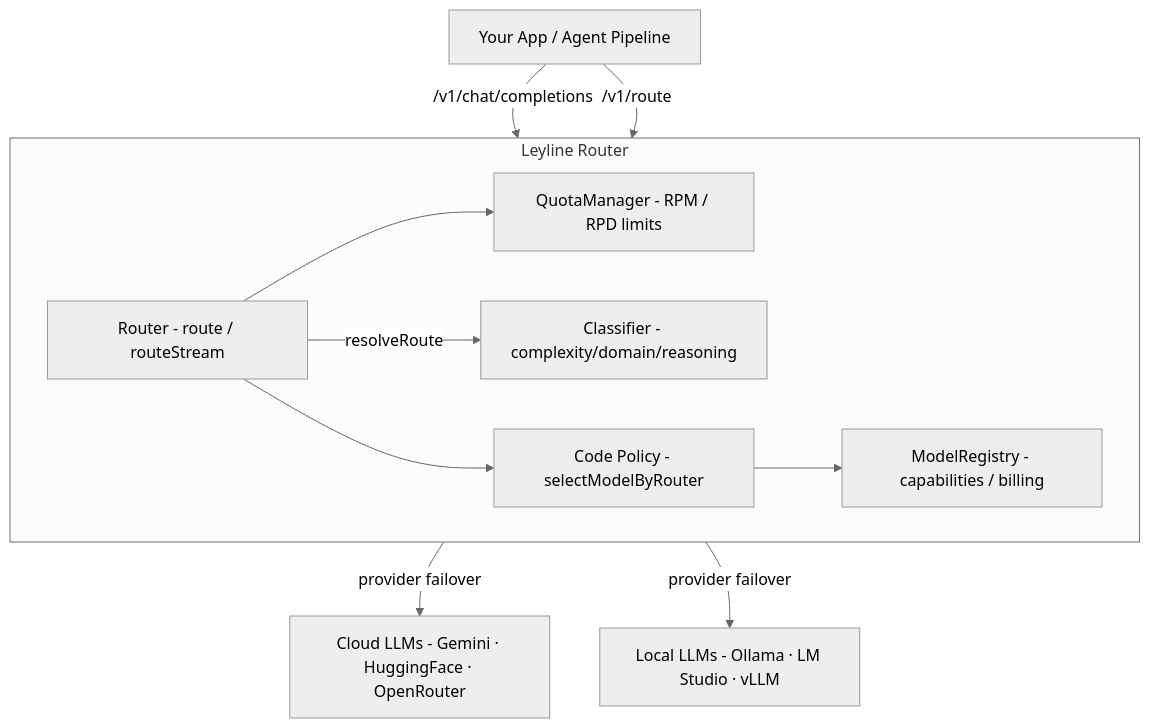
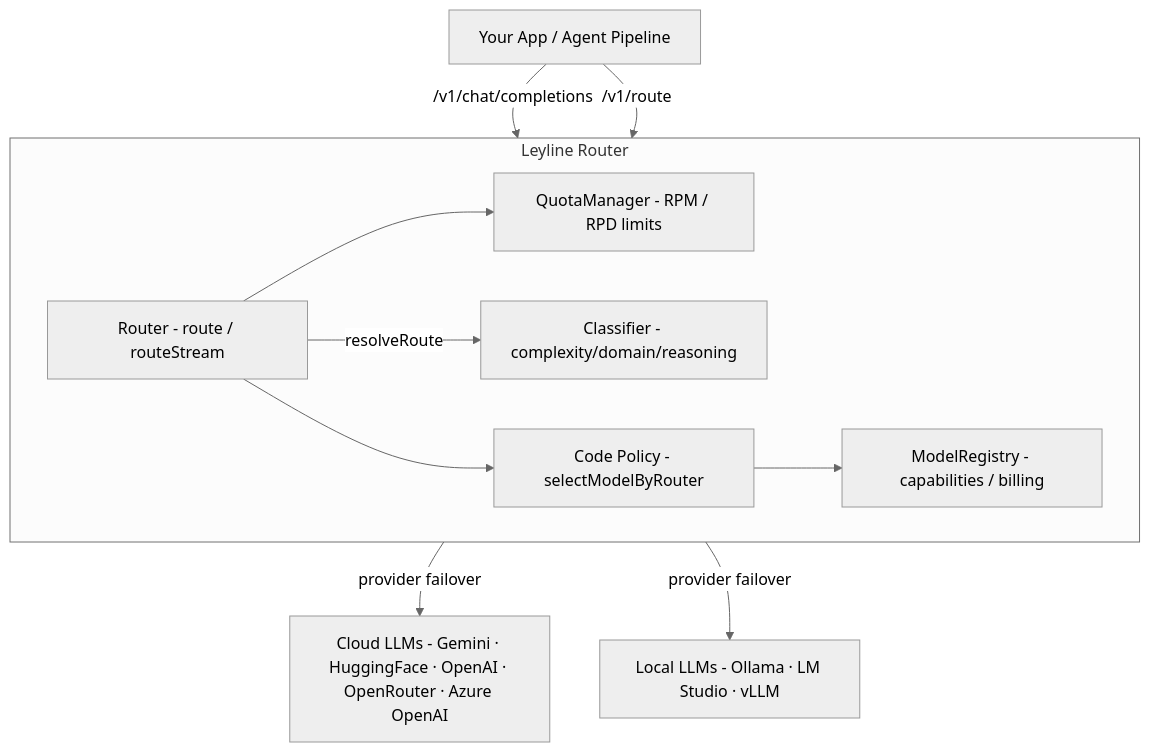
Before and after one commit to theaiinc/leyline: the first of 4 diagrams in README.md, drawn with Mermaid (neutral theme). The commit also changed other lines of this file and 49 other files, not shown here.

First line of the commit message:
feat: Enhance Leyline with Azure OpenAI and OpenAI support

````diff
--- a/README.md
+++ b/README.md
@@ -9,26 +9,26 @@
 ```mermaid
 graph TB
     Client["Your App / Agent Pipeline"]
     Leyline["Leyline Router"]
-    Cloud["Cloud LLMs - Gemini · HuggingFace · OpenRouter"]
+    Cloud["Cloud LLMs - Gemini · HuggingFace · OpenAI · OpenRouter · Azure OpenAI"]
     Local["Local LLMs - Ollama · LM Studio · vLLM"]
 
     Client -->|/v1/chat/completions| Leyline
     Client -->|/v1/route| Leyline
 
     Leyline -->|provider failover| Cloud
     Leyline -->|provider failover| Local
 
     subgraph Leyline["Leyline Router"]
         Router["Router - route / routeStream"]
         Classifier["Classifier - complexity/domain/reasoning"]
         Registry["ModelRegistry - capabilities / billing"]
         Policy["Code Policy - selectModelByRouter"]
         QM["QuotaManager - RPM / RPD limits"]
     end
 
     Router --> QM
     Router -->|resolveRoute| Classifier
     Router --> Policy
     Policy --> Registry
 ```
````
